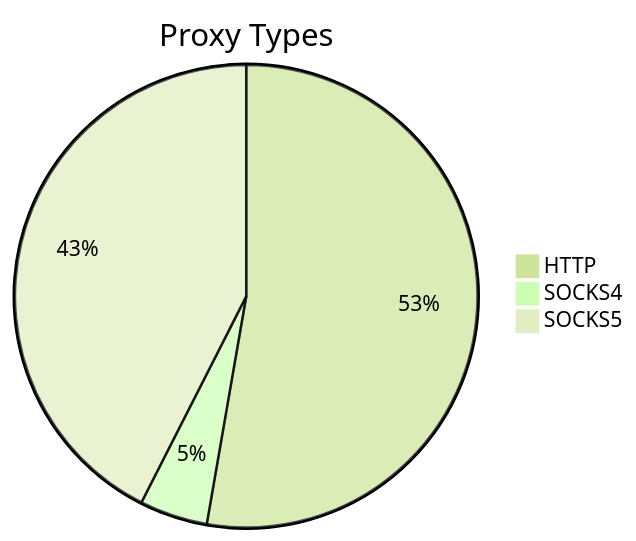
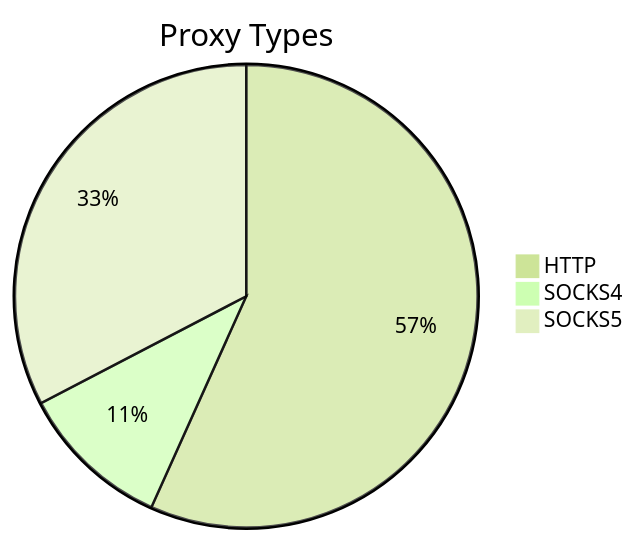
Before and after one commit to stormsia/proxy-list: the first of 2 diagrams in README.md, drawn with Mermaid (forest theme). The commit also changed other lines of this file, not shown here.

````diff
--- a/README.md
+++ b/README.md
@@ -21,6 +21,6 @@
 ```mermaid
 pie title Proxy Types
-    "HTTP" : 222
-    "SOCKS4" : 20
-    "SOCKS5" : 179
+    "HTTP" : 464
+    "SOCKS4" : 87
+    "SOCKS5" : 267
 ```
````
